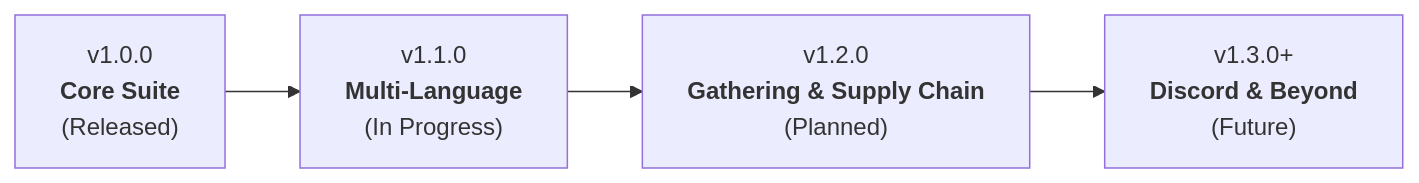
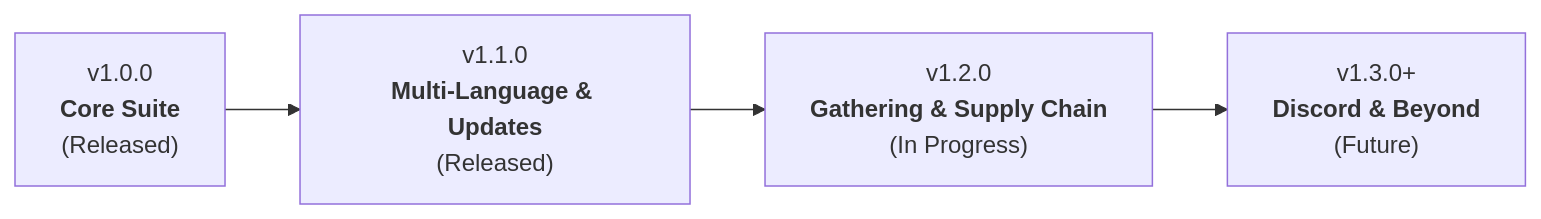
One commit to VhelCodez/GSFHub changed the diagram in ROADMAP.md. Above: the diagram before and after it, drawn with Mermaid. The commit also changed other lines of this file and 19 other files, not shown here.

First line of the commit message:
Release v1.1.0: Multi-Language (EN/DE), P2P Version Gossip & In-Game Feedback Helper

````diff
--- a/ROADMAP.md
+++ b/ROADMAP.md
@@ -9,6 +9,6 @@
 ```mermaid
 graph LR
-    v1["v1.0.0<br/><b>Core Suite</b><br/>(Released)"] --> v11["v1.1.0<br/><b>Multi-Language</b><br/>(In Progress)"]
-    v11 --> v12["v1.2.0<br/><b>Gathering & Supply Chain</b><br/>(Planned)"]
+    v1["v1.0.0<br/><b>Core Suite</b><br/>(Released)"] --> v11["v1.1.0<br/><b>Multi-Language & Updates</b><br/>(Released)"]
+    v11 --> v12["v1.2.0<br/><b>Gathering & Supply Chain</b><br/>(In Progress)"]
     v12 --> v13["v1.3.0+<br/><b>Discord & Beyond</b><br/>(Future)"]
 ```
````
